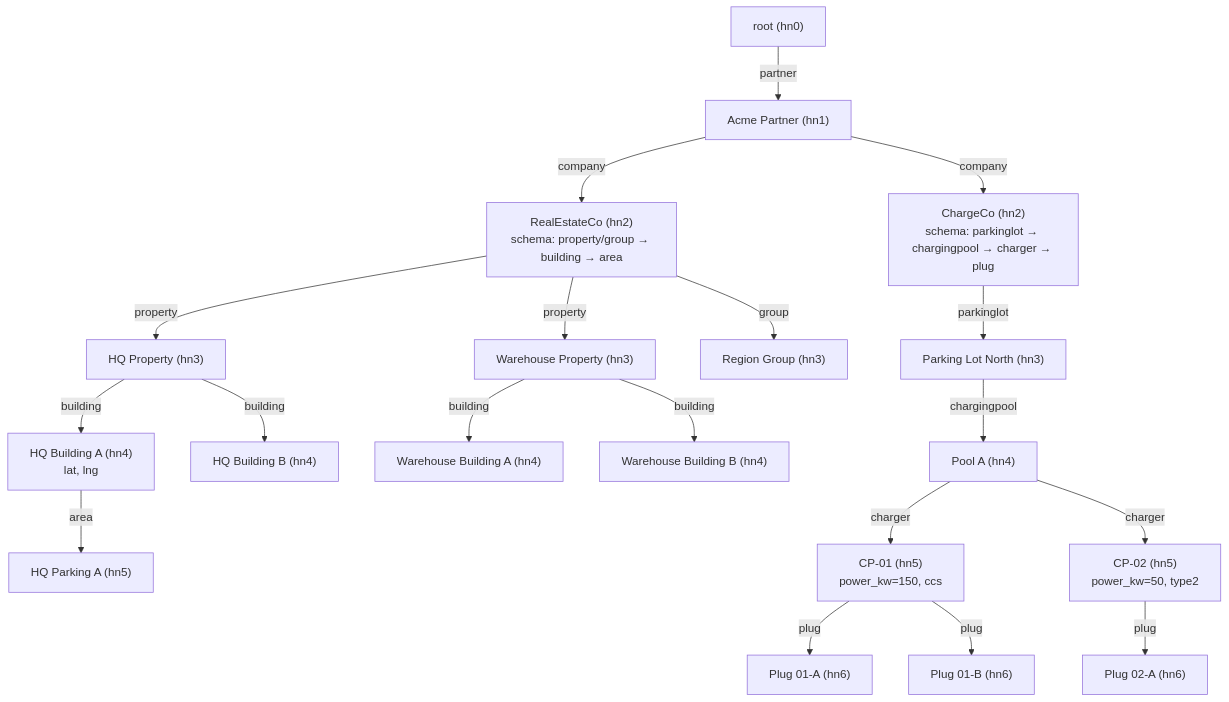
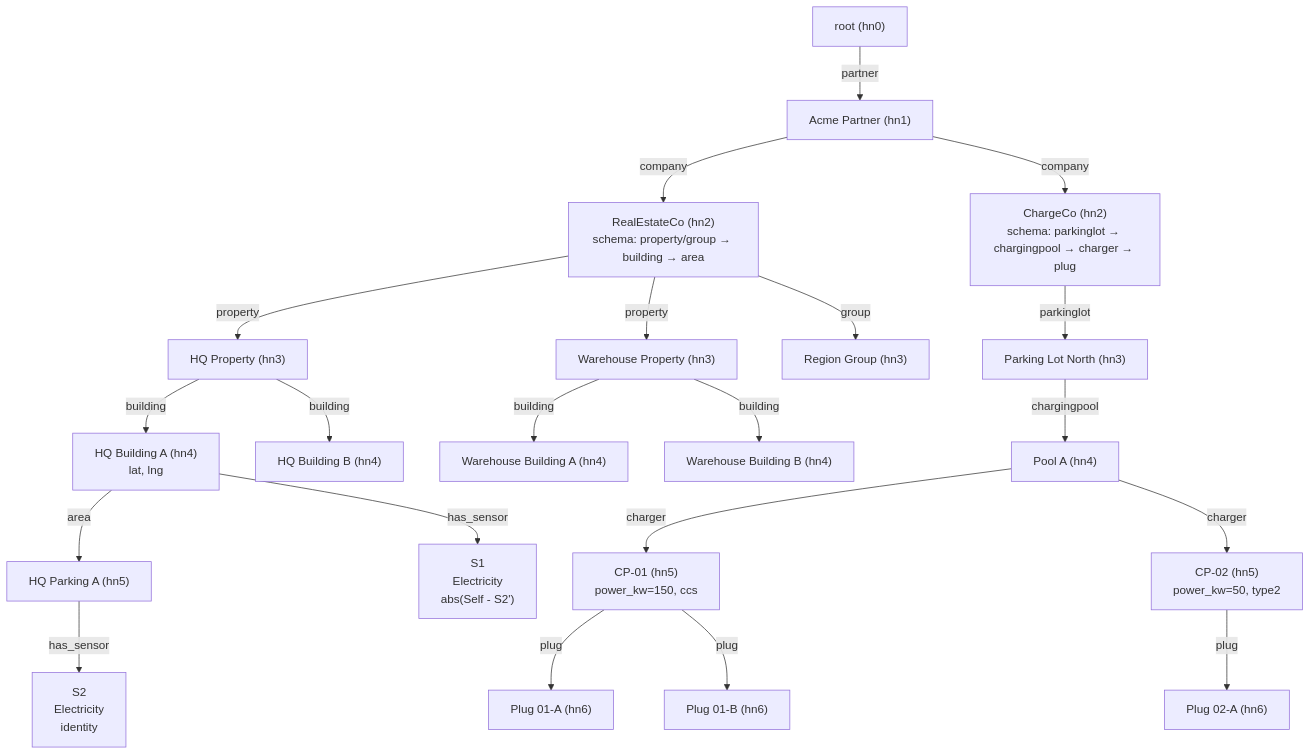
One commit to surt666/ems_rust changed the first of 2 diagrams in docs/superpowers/specs/2026-04-17-hierarchy-and-sensors-design.md. Above: the diagram before and after it, drawn with Mermaid. The commit also changed other lines of this file, not shown here.

````diff
--- a/docs/superpowers/specs/2026-04-17-hierarchy-and-sensors-design.md
+++ b/docs/superpowers/specs/2026-04-17-hierarchy-and-sensors-design.md
@@ -78,23 +78,26 @@
 ```mermaid
 graph TD
   root["root (hn0)"] -->|partner| P["Acme Partner (hn1)"]
   P -->|company| RE["RealEstateCo (hn2)<br/>schema: property/group → building → area"]
   P -->|company| CP["ChargeCo (hn2)<br/>schema: parkinglot → chargingpool → charger → plug"]
 
   RE -->|property| HQ["HQ Property (hn3)"]
   RE -->|property| WH["Warehouse Property (hn3)"]
   RE -->|group| RG["Region Group (hn3)"]
   HQ -->|building| HBA["HQ Building A (hn4)<br/>lat, lng"]
   HQ -->|building| HBB["HQ Building B (hn4)"]
   WH -->|building| WBA["Warehouse Building A (hn4)"]
   WH -->|building| WBB["Warehouse Building B (hn4)"]
   HBA -->|area| AREA["HQ Parking A (hn5)"]
 
+  HBA -->|has_sensor| S1["S1<br/>Electricity<br/>abs(Self - S2')"]
+  AREA -->|has_sensor| S2["S2<br/>Electricity<br/>identity"]
+
   CP -->|parkinglot| LOT["Parking Lot North (hn3)"]
   LOT -->|chargingpool| POOL["Pool A (hn4)"]
   POOL -->|charger| C1["CP-01 (hn5)<br/>power_kw=150, ccs"]
   POOL -->|charger| C2["CP-02 (hn5)<br/>power_kw=50, type2"]
   C1 -->|plug| P1A["Plug 01-A (hn6)"]
   C1 -->|plug| P1B["Plug 01-B (hn6)"]
   C2 -->|plug| P2A["Plug 02-A (hn6)"]
 ```
````
